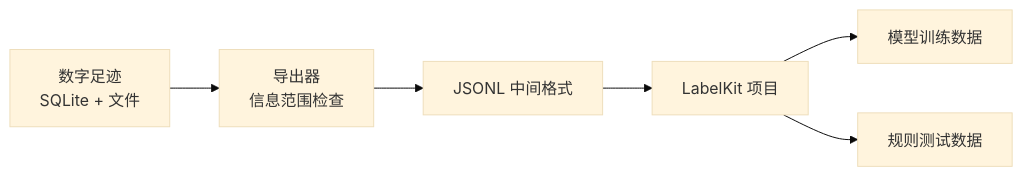
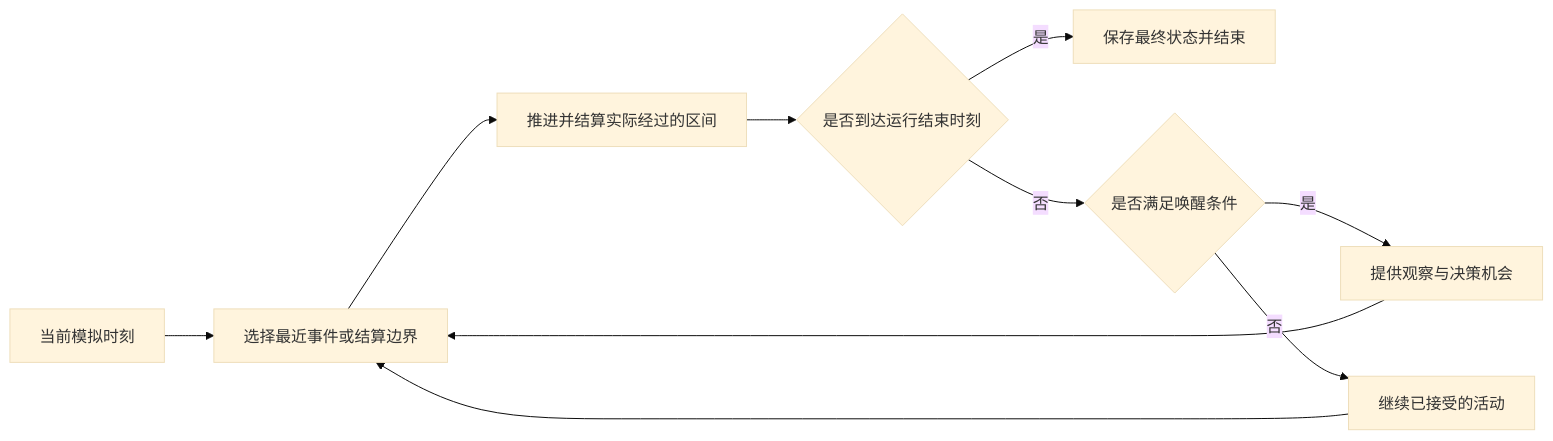
The fourth of 7 diagrams in docs/design/01-architecture.md (HoldThatThgt/WorldMock), drawn with Mermaid (base theme) before and after one commit. The commit also changed other lines of this file and 46 other files, not shown here.

````diff
--- a/docs/design/01-architecture.md
+++ b/docs/design/01-architecture.md
@@ -181,8 +166,12 @@
 ```mermaid
 flowchart LR
-    A[数字足迹<br/>SQLite + 文件] --> B[导出器<br/>信息范围检查]
-    B --> C[JSONL 中间格式]
-    C --> D[LabelKit 项目]
-    D --> E[模型训练数据]
-    D --> F[规则测试数据]
+    NOW[当前模拟时刻] --> NEXT[选择最近事件或结算边界]
+    NEXT --> SETTLE[推进并结算实际经过的区间]
+    SETTLE --> FINISH{是否到达运行结束时刻}
+    FINISH -->|是| STOP[保存最终状态并结束]
+    FINISH -->|否| WAKE{是否满足唤醒条件}
+    WAKE -->|是| DECIDE[提供观察与决策机会]
+    WAKE -->|否| CONTINUE[继续已接受的活动]
+    DECIDE --> NEXT
+    CONTINUE --> NEXT
 ```
````
